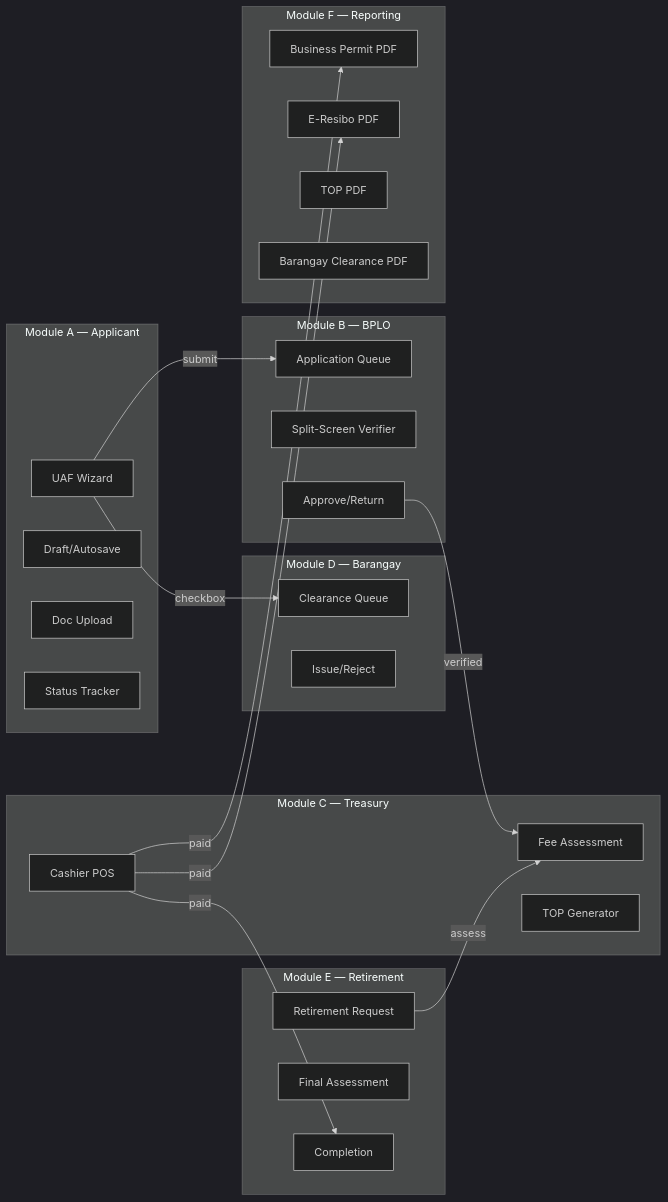
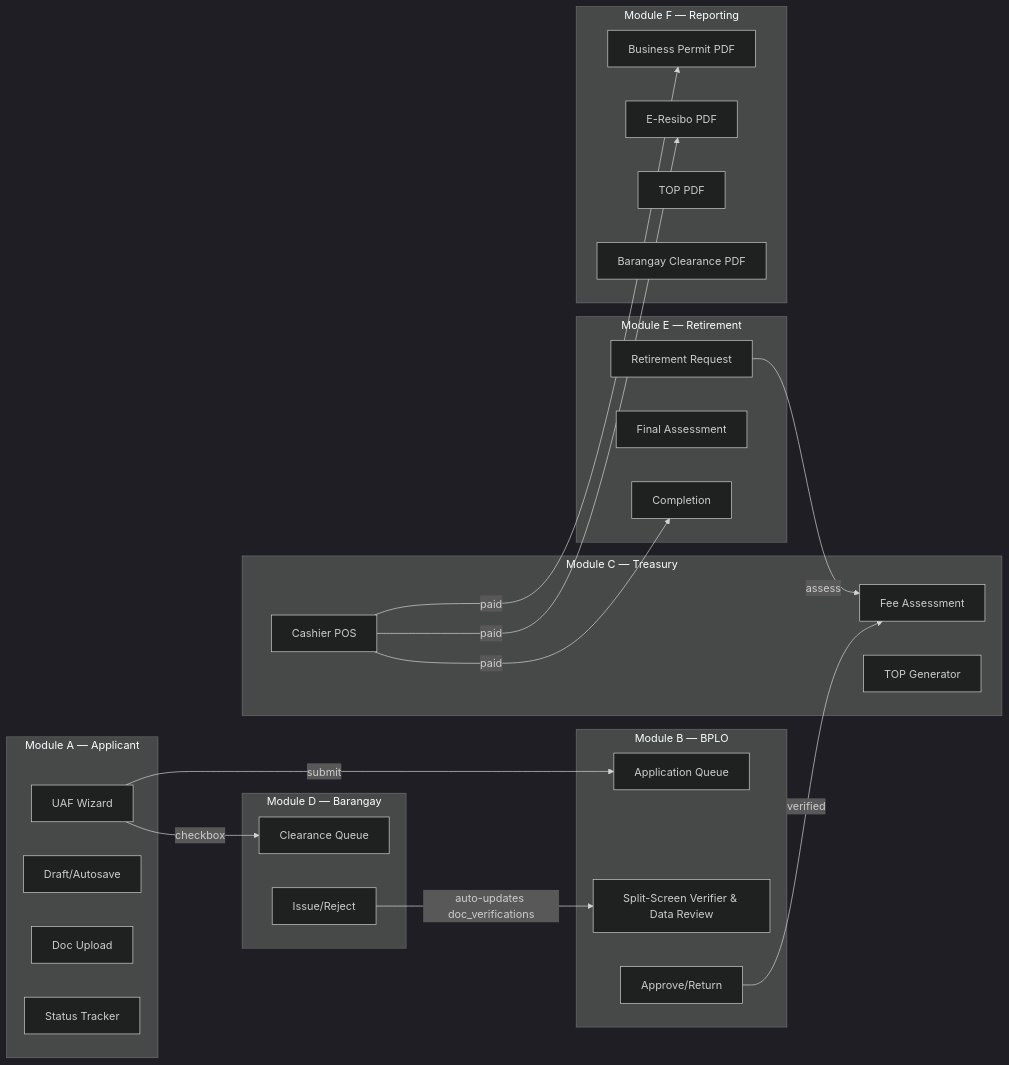
Before and after one commit to albuerocedrick/ebpls: the second of 6 diagrams in system-planning/eBPLS_System_Architecture.md, drawn with Mermaid (dark theme). The commit also changed other lines of this file and 2 other files, not shown here.

````diff
--- a/system-planning/eBPLS_System_Architecture.md
+++ b/system-planning/eBPLS_System_Architecture.md
@@ -70,46 +70,47 @@
 ```mermaid
 graph LR
     subgraph "Module A — Applicant"
         A1["UAF Wizard"]
         A2["Draft/Autosave"]
         A3["Doc Upload"]
         A4["Status Tracker"]
     end
 
     subgraph "Module B — BPLO"
         B1["Application Queue"]
-        B2["Split-Screen Verifier"]
+        B2["Split-Screen Verifier & Data Review"]
         B3["Approve/Return"]
     end
 
     subgraph "Module C — Treasury"
         C1["Fee Assessment"]
         C2["TOP Generator"]
         C3["Cashier POS"]
     end
 
     subgraph "Module D — Barangay"
         D1["Clearance Queue"]
         D2["Issue/Reject"]
     end
 
     subgraph "Module E — Retirement"
         E1["Retirement Request"]
         E2["Final Assessment"]
         E3["Completion"]
     end
 
     subgraph "Module F — Reporting"
         F1["Business Permit PDF"]
         F2["E-Resibo PDF"]
         F3["TOP PDF"]
         F4["Barangay Clearance PDF"]
     end
 
     A1 -->|submit| B1
     B3 -->|verified| C1
     C3 -->|paid| F1 & F2
     A1 -->|checkbox| D1
+    D2 -->|"auto-updates doc_verifications"| B2
     E1 -->|assess| C1
     C3 -->|paid| E3
 ```
````
